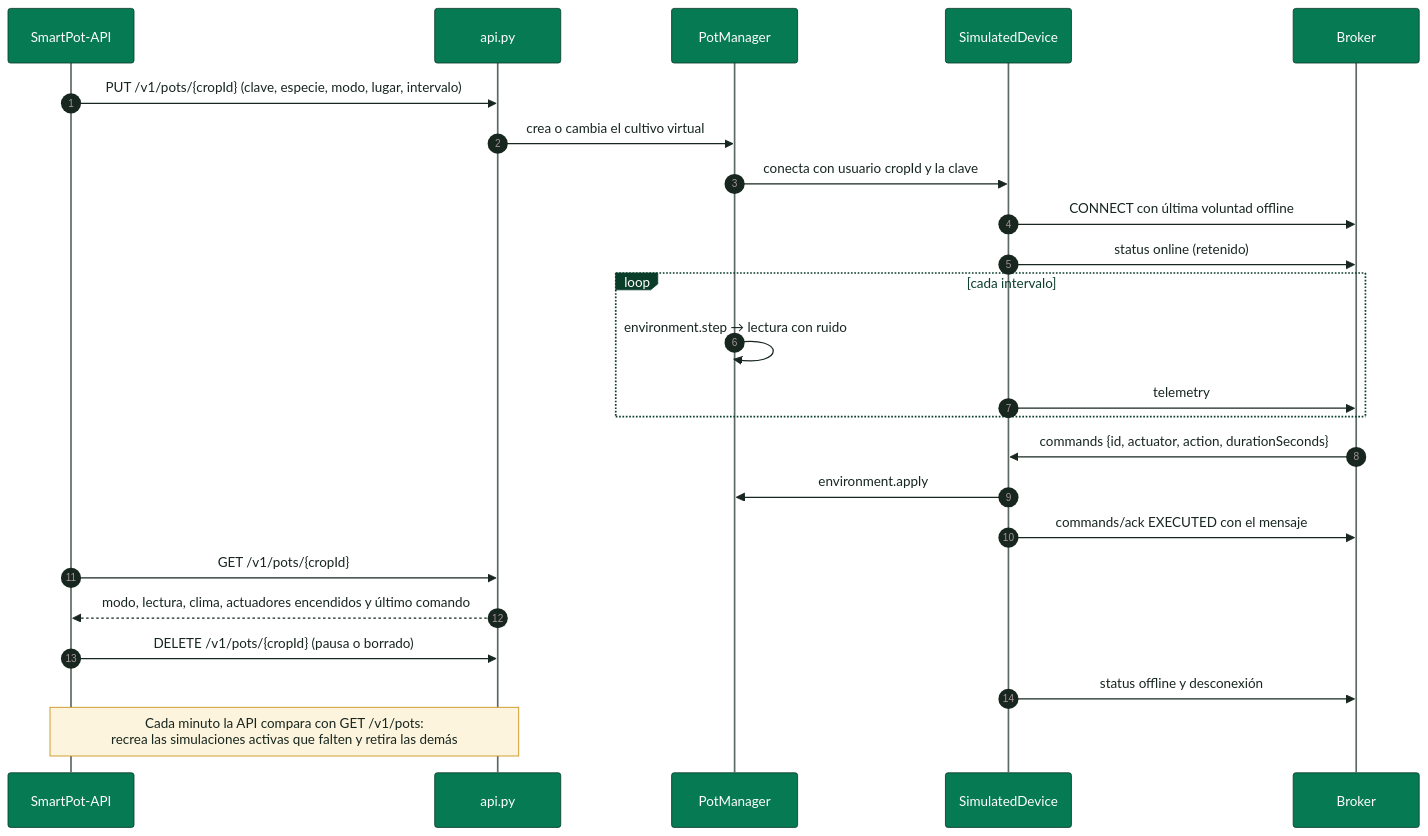
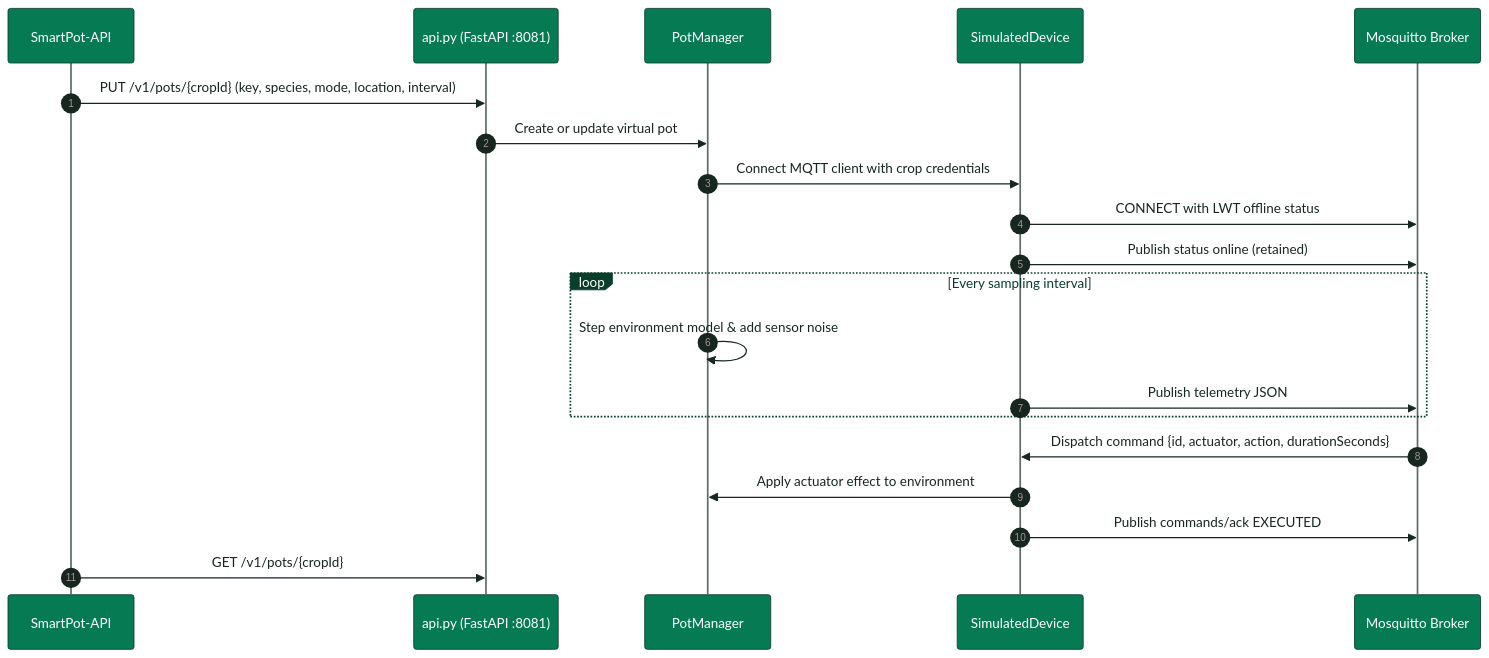
One commit to SmartPotTech/SmartPot-DataGenerator-Python changed the second of 3 diagrams in docs/SmartPot_DataGenerator_Documentation.md. Above: the diagram before and after it, drawn with Mermaid. The commit also changed other lines of this file and 12 other files, not shown here.

Commit message:
docs(specs): standardize legacy english documentation, notices, diagrams, and manuals

````diff
--- a/docs/SmartPot_DataGenerator_Documentation.md
+++ b/docs/SmartPot_DataGenerator_Documentation.md
@@ -94,27 +87,23 @@
 ```mermaid
 %%{init: {"theme": "base", "fontFamily": "Segoe UI, Arial, sans-serif", "themeVariables": {"fontFamily": "Segoe UI, Arial, sans-serif", "fontSize": "15px", "primaryColor": "#DDF5EA", "primaryTextColor": "#17261F", "primaryBorderColor": "#067A52", "secondaryColor": "#E3F2FB", "secondaryTextColor": "#17261F", "secondaryBorderColor": "#1F6FA0", "tertiaryColor": "#F2F7F4", "tertiaryTextColor": "#17261F", "tertiaryBorderColor": "#D5E3DC", "lineColor": "#5B6B63", "textColor": "#17261F", "mainBkg": "#DDF5EA", "nodeBorder": "#067A52", "clusterBkg": "#F7FAF8", "clusterBorder": "#D5E3DC", "edgeLabelBackground": "#FFFFFF", "actorBkg": "#067A52", "actorBorder": "#0B3D2B", "actorTextColor": "#FFFFFF", "actorLineColor": "#5B6B63", "signalColor": "#17261F", "signalTextColor": "#17261F", "labelBoxBkgColor": "#0B3D2B", "labelBoxBorderColor": "#0B3D2B", "labelTextColor": "#FFFFFF", "loopTextColor": "#0B3D2B", "noteBkgColor": "#FDF4DD", "noteBorderColor": "#C98D12", "noteTextColor": "#17261F", "activationBkgColor": "#DDF5EA", "activationBorderColor": "#067A52", "attributeBackgroundColorOdd": "#FFFFFF", "attributeBackgroundColorEven": "#F2F7F4"}}}%%
 sequenceDiagram
   autonumber
   participant A as SmartPot-API
-  participant C as api.py
+  participant C as api.py (FastAPI :8081)
   participant M as PotManager
   participant D as SimulatedDevice
-  participant B as Broker
-  A->>C: PUT /v1/pots/{cropId} (clave, especie, modo, lugar, intervalo)
-  C->>M: crea o cambia el cultivo virtual
-  M->>D: conecta con usuario cropId y la clave
-  D->>B: CONNECT con última voluntad offline
-  D->>B: status online (retenido)
-  loop cada intervalo
-    M->>M: environment.step → lectura con ruido
-    D->>B: telemetry
+  participant B as Mosquitto Broker
+  A->>C: PUT /v1/pots/{cropId} (key, species, mode, location, interval)
+  C->>M: Create or update virtual pot
+  M->>D: Connect MQTT client with crop credentials
+  D->>B: CONNECT with LWT offline status
+  D->>B: Publish status online (retained)
+  loop Every sampling interval
+    M->>M: Step environment model & add sensor noise
+    D->>B: Publish telemetry JSON
   end
-  B->>D: commands {id, actuator, action, durationSeconds}
-  D->>M: environment.apply
-  D->>B: commands/ack EXECUTED con el mensaje
+  B->>D: Dispatch command {id, actuator, action, durationSeconds}
+  D->>M: Apply actuator effect to environment
+  D->>B: Publish commands/ack EXECUTED
   A->>C: GET /v1/pots/{cropId}
-  C-->>A: modo, lectura, clima, actuadores encendidos y último comando
-  A->>C: DELETE /v1/pots/{cropId} (pausa o borrado)
-  D->>B: status offline y desconexión
-  Note over A,C: Cada minuto la API compara con GET /v1/pots:<br/>recrea las simulaciones activas que falten y retira las demás
 ```
````
